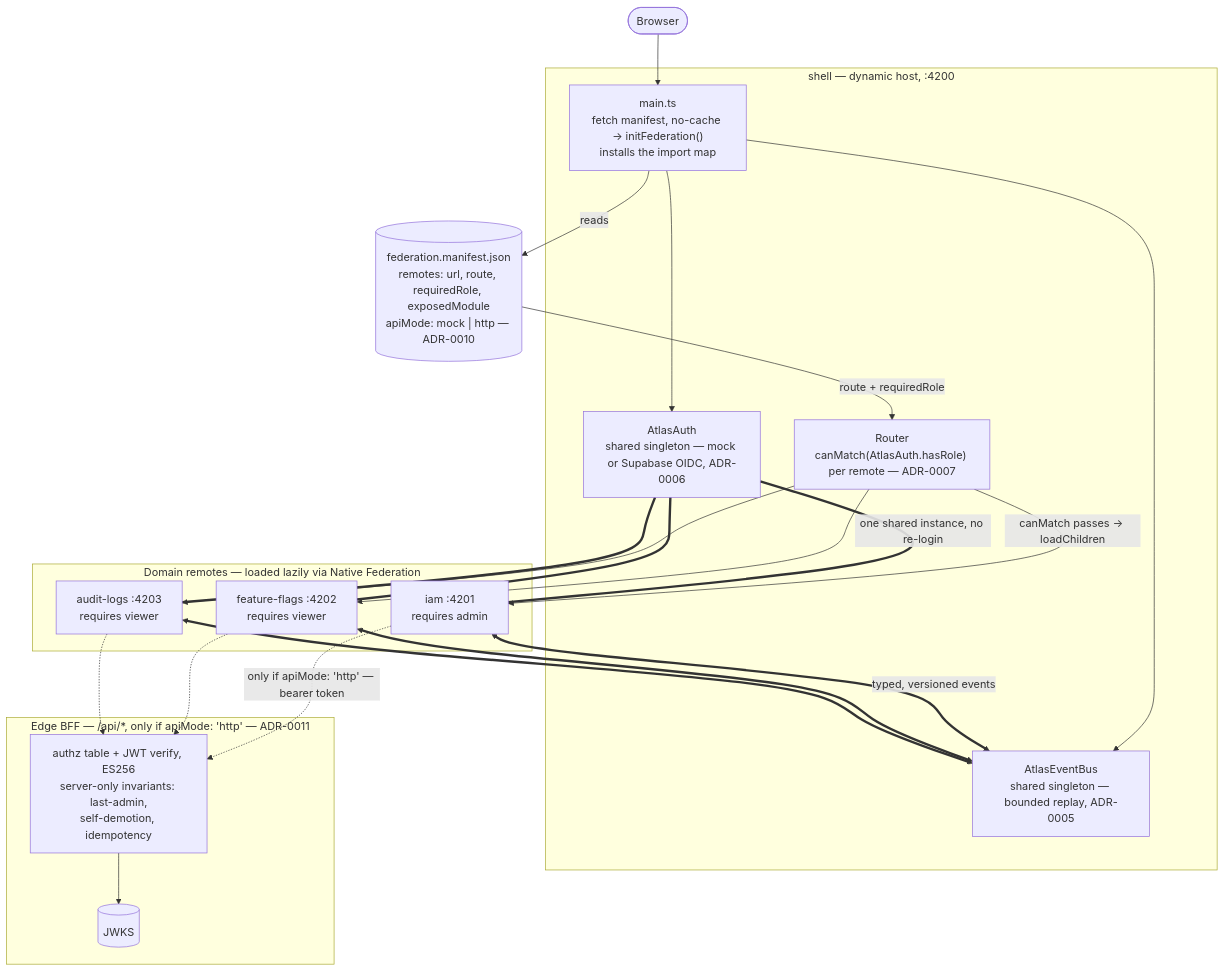
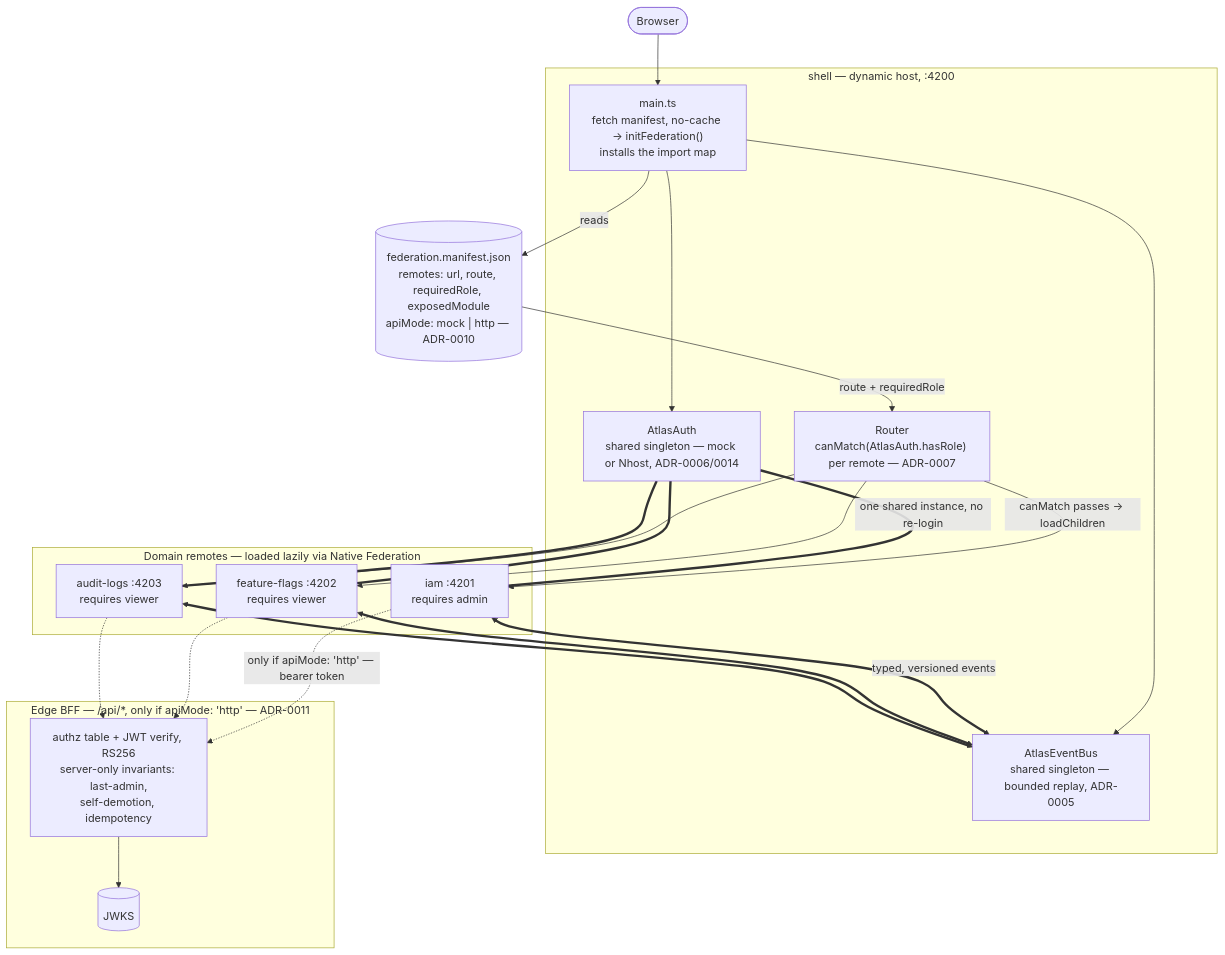
Before and after one commit to elbay-malik/Atlas-Admin-Shell: the diagram in README.md, drawn with Mermaid. The commit also changed other lines of this file and 15 other files, not shown here.

````diff
--- a/README.md
+++ b/README.md
@@ -29,46 +29,46 @@
 ```mermaid
 flowchart TD
     Browser(["Browser"])
     Manifest[("federation.manifest.json<br/>remotes: url, route, requiredRole, exposedModule<br/>apiMode: mock | http — ADR-0010")]
 
     subgraph Shell["shell — dynamic host, :4200"]
         Boot["main.ts<br/>fetch manifest, no-cache → initFederation()<br/>installs the import map"]
         Router["Router<br/>canMatch(AtlasAuth.hasRole) per remote — ADR-0007"]
-        Auth["AtlasAuth<br/>shared singleton — mock or Supabase OIDC, ADR-0006"]
+        Auth["AtlasAuth<br/>shared singleton — mock or Nhost, ADR-0006/0014"]
         Bus["AtlasEventBus<br/>shared singleton — bounded replay, ADR-0005"]
     end
 
     subgraph Remotes["Domain remotes — loaded lazily via Native Federation"]
         IAM["iam :4201<br/>requires admin"]
         Flags["feature-flags :4202<br/>requires viewer"]
         Audit["audit-logs :4203<br/>requires viewer"]
     end
 
     subgraph Edge["Edge BFF — /api/*, only if apiMode: 'http' — ADR-0011"]
-        BFF["authz table + JWT verify, ES256<br/>server-only invariants: last-admin,<br/>self-demotion, idempotency"]
+        BFF["authz table + JWT verify, RS256<br/>server-only invariants: last-admin,<br/>self-demotion, idempotency"]
         JWKS[("JWKS")]
     end
 
     Browser --> Boot
     Boot -- reads --> Manifest
     Manifest -- "route + requiredRole" --> Router
     Boot --> Auth
     Boot --> Bus
 
     Router -- "canMatch passes → loadChildren" --> IAM
     Router --> Flags
     Router --> Audit
 
     Auth ===|"one shared instance, no re-login"| IAM
     Auth === Flags
     Auth === Audit
 
     IAM <==>|"typed, versioned events"| Bus
     Flags <==> Bus
     Audit <==> Bus
 
     IAM -.->|"only if apiMode: 'http' — bearer token"| BFF
     Flags -.-> BFF
     Audit -.-> BFF
     BFF --> JWKS
 ```
````
